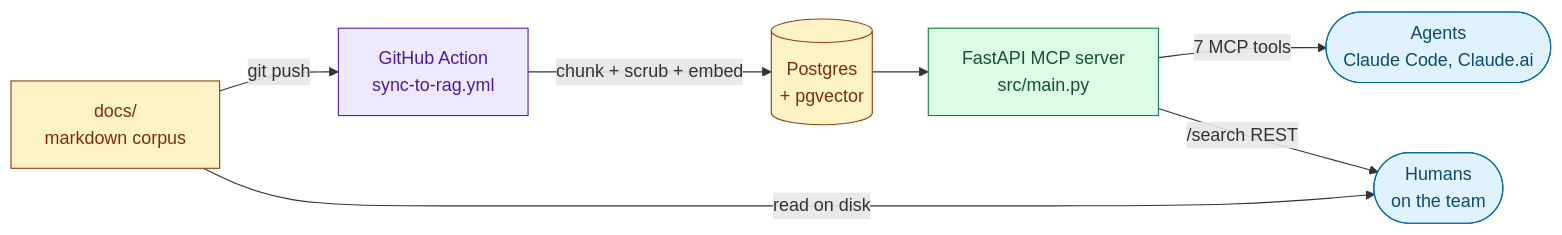
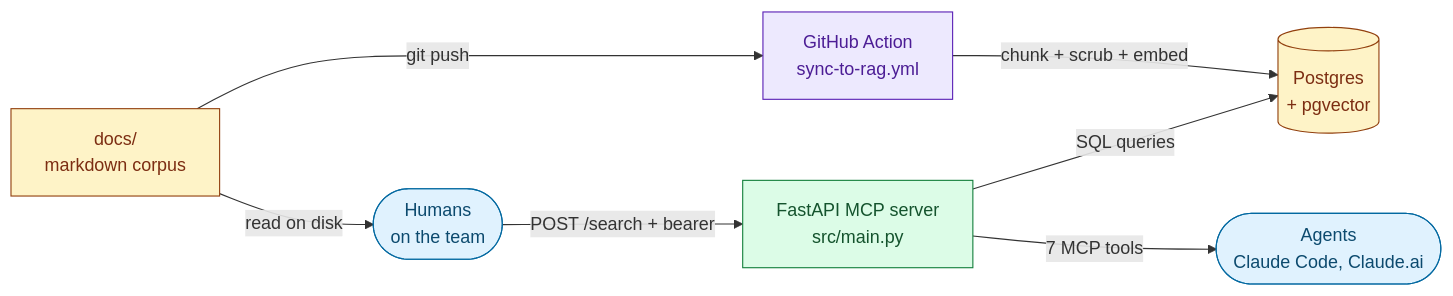
Before and after one commit to mihaelamaciuca/knowledge-layer: the second of 5 diagrams in README.md, drawn with Mermaid. The commit also changed other lines of this file and 1 other file, not shown here.

````diff
--- a/README.md
+++ b/README.md
@@ -54,21 +56,21 @@
 ```mermaid
 flowchart LR
     docs["docs/<br/>markdown corpus"]:::store
     ci["GitHub Action<br/>sync-to-rag.yml"]:::ci
     db[("Postgres<br/>+ pgvector")]:::store
     mcp["FastAPI MCP server<br/>src/main.py"]:::svc
     agents(["Agents<br/>Claude Code, Claude.ai"]):::pop
     humans(["Humans<br/>on the team"]):::pop
 
     docs -->|git push| ci
     ci -->|chunk + scrub + embed| db
-    db --> mcp
+    mcp -->|SQL queries| db
     mcp -->|7 MCP tools| agents
-    mcp -->|/search REST| humans
+    humans -->|POST /search + bearer| mcp
     docs -->|read on disk| humans
 
     classDef store fill:#fef3c7,stroke:#92400e,color:#7c2d12;
     classDef ci fill:#ede9fe,stroke:#5b21b6,color:#4c1d95;
     classDef svc fill:#dcfce7,stroke:#15803d,color:#14532d;
     classDef pop fill:#e0f2fe,stroke:#0369a1,color:#0c4a6e;
 ```
````
